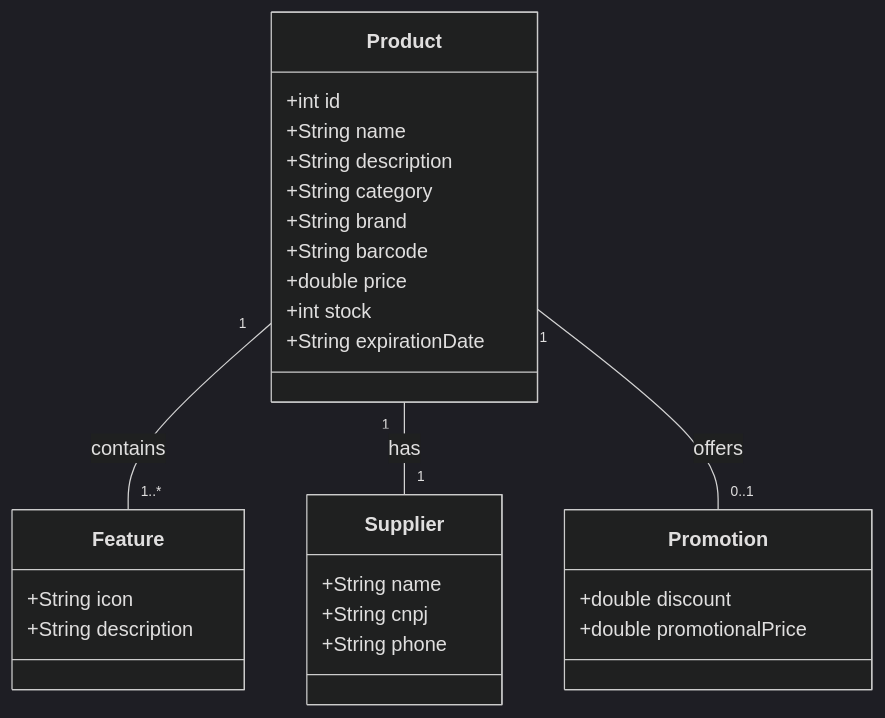
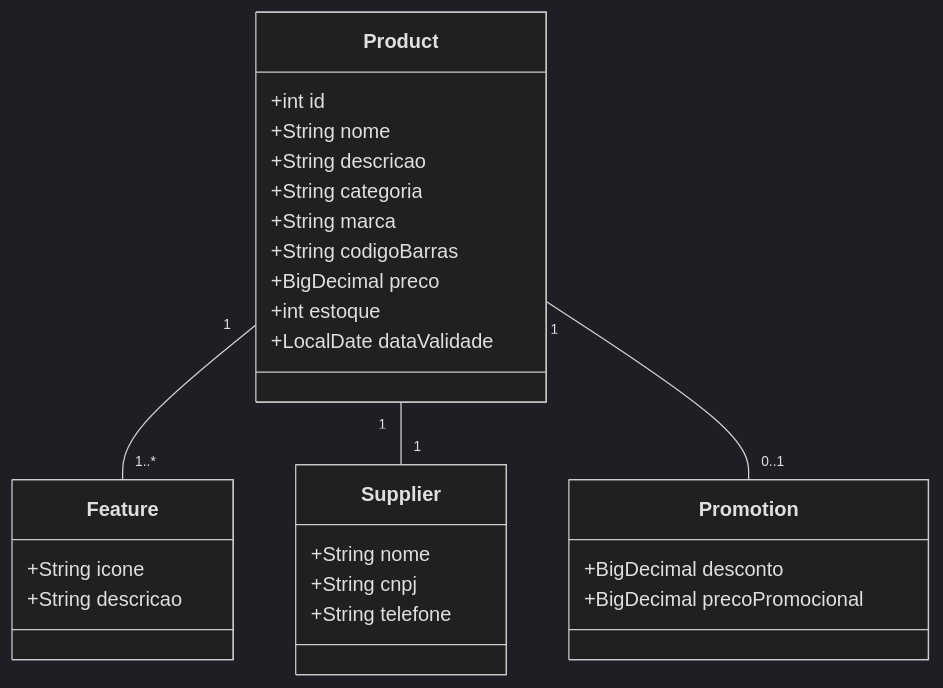
The diagram in README.md (RodrigoEmerson/Decola-Tech-Avanade-2025), drawn with Mermaid (dark theme) before and after one commit. The commit also changed other lines of this file, not shown here.

````diff
--- a/README.md
+++ b/README.md
@@ -17,36 +17,36 @@
 ```mermaid
 classDiagram
     class Product {
         +int id
-        +String name
-        +String description
-        +String category
-        +String brand
-        +String barcode
-        +double price
-        +int stock
-        +String expirationDate
+        +String nome
+        +String descricao
+        +String categoria
+        +String marca
+        +String codigoBarras
+        +BigDecimal preco
+        +int estoque
+        +LocalDate dataValidade
     }
 
     class Supplier {
-        +String name
+        +String nome
         +String cnpj
-        +String phone
+        +String telefone
     }
 
     class Feature {
-        +String icon
-        +String description
+        +String icone
+        +String descricao
     }
 
     class Promotion {
-        +double discount
-        +double promotionalPrice
+        +BigDecimal desconto
+        +BigDecimal precoPromocional
     }
 
     
 
-    Product "1" -- "1..*" Feature : contains
-    Product "1" -- "1" Supplier : has
-    Product "1" -- "0..1" Promotion : offers
+    Product "1" -- "1..*" Feature : 
+    Product "1" -- "1" Supplier : 
+    Product "1" -- "0..1" Promotion : 
    ```
````
